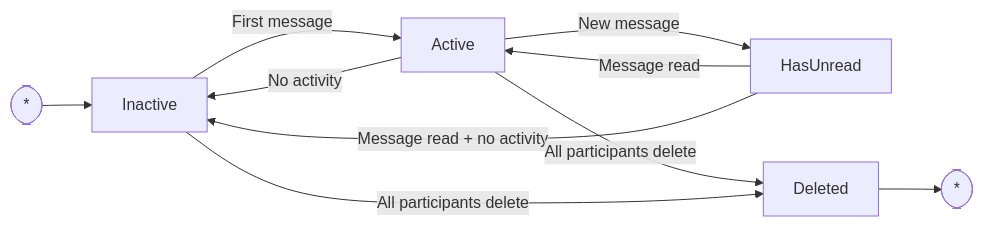
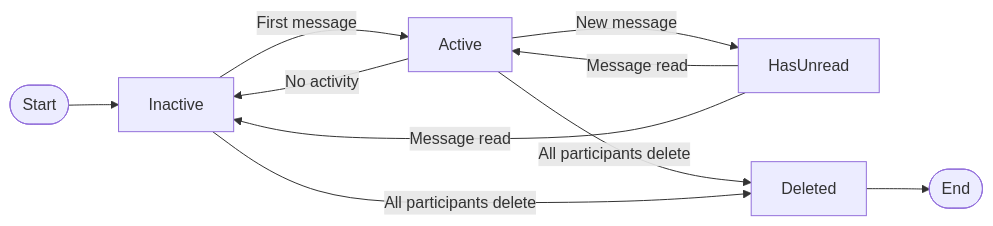
Before and after one commit to vd120/laravel_project: diagram 21 of 29 in UML.md, drawn with Mermaid. The commit also changed other lines of this file, not shown here.

````diff
--- a/UML.md
+++ b/UML.md
@@ -1149,12 +1136,12 @@
 ```mermaid
 flowchart LR
-    Start([*]) --> Inactive
-    Inactive -->|First message| Active
-    Active -->|No activity| Inactive
-    Active -->|New message| HasUnread
-    HasUnread -->|Message read| Active
-    HasUnread -->|Message read + no activity| Inactive
-    Active -->|All participants delete| Deleted
-    Inactive -->|All participants delete| Deleted
-    Deleted --> End([*])
+    A([Start]) --> B[Inactive]
+    B -->|First message| C[Active]
+    C -->|No activity| B
+    C -->|New message| D[HasUnread]
+    D -->|Message read| C
+    D -->|Message read| B
+    C -->|All participants delete| E[Deleted]
+    B -->|All participants delete| E
+    E --> F([End])
 ```
````
